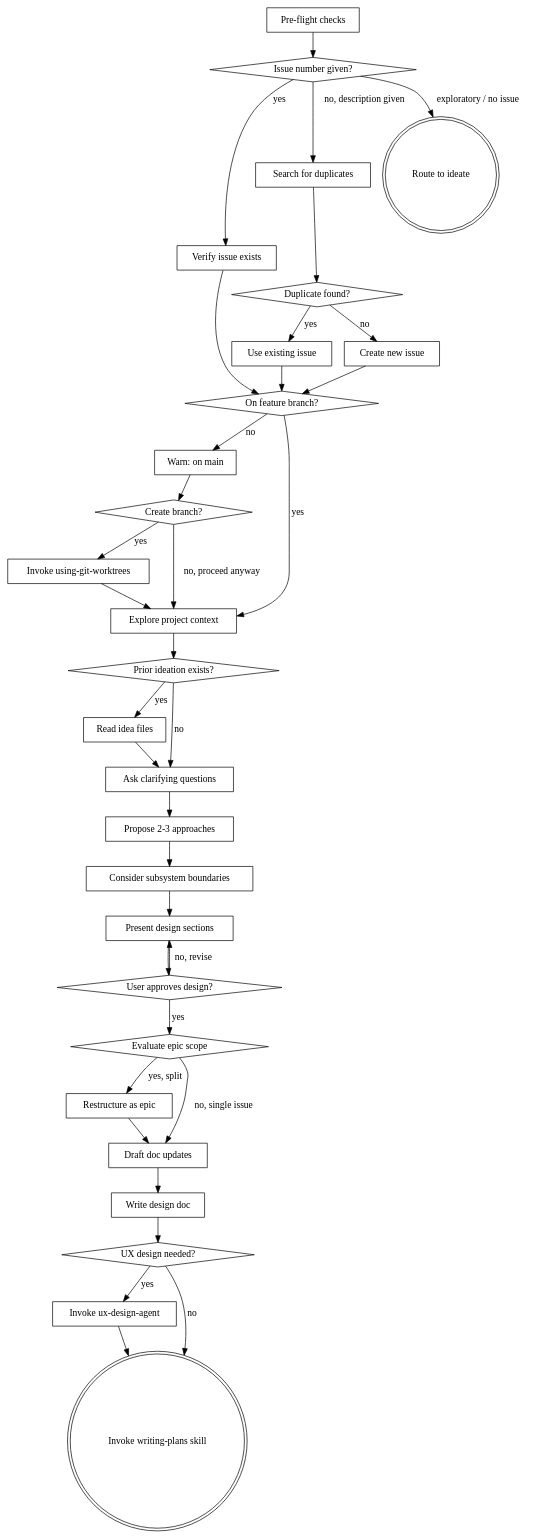
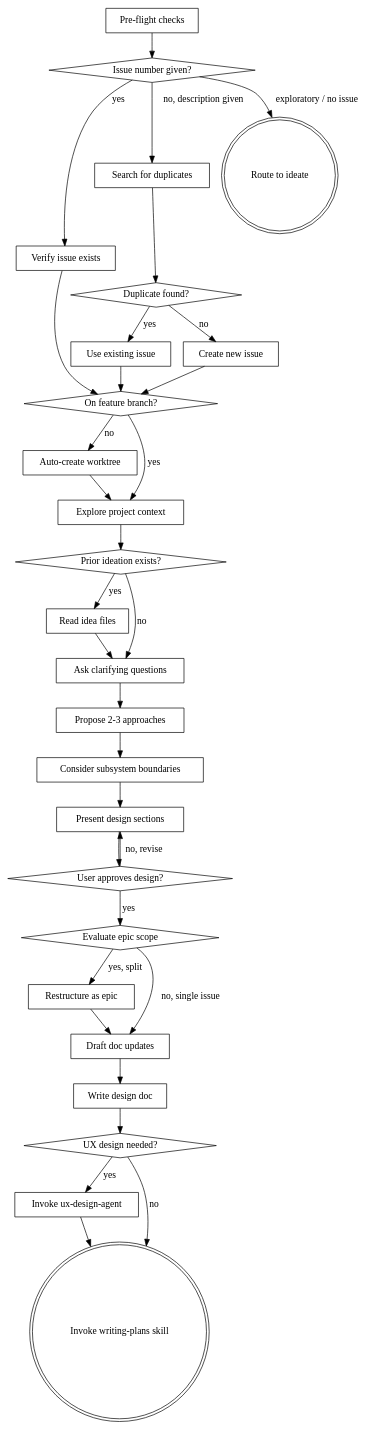
Before and after one commit to stvhay/my-claude-plugins: the diagram in plugins/dev-workflow-toolkit/skills/brainstorming/SKILL.md, drawn with Graphviz. The commit also changed other lines of this file and 3 other files, not shown here.

First line of the commit message:
fix: auto-create worktree in brainstorming instead of asking (#103)

````diff
--- a/plugins/dev-workflow-toolkit/skills/brainstorming/SKILL.md
+++ b/plugins/dev-workflow-toolkit/skills/brainstorming/SKILL.md
@@ -87,72 +85,67 @@
 ```dot
 digraph brainstorming {
     // Pre-flight: issue check (auto-create)
     "Pre-flight checks" [shape=box];
     "Issue number given?" [shape=diamond];
     "Verify issue exists" [shape=box];
     "Search for duplicates" [shape=box];
     "Duplicate found?" [shape=diamond];
     "Use existing issue" [shape=box];
     "Create new issue" [shape=box];
     "Pre-flight checks" -> "Issue number given?";
     "Issue number given?" -> "Verify issue exists" [label="yes"];
     "Issue number given?" -> "Search for duplicates" [label="no, description given"];
     "Issue number given?" -> "Route to ideate" [label="exploratory / no issue"];
     "Route to ideate" [shape=doublecircle];
     "Verify issue exists" -> "On feature branch?";
     "Search for duplicates" -> "Duplicate found?";
     "Duplicate found?" -> "Use existing issue" [label="yes"];
     "Duplicate found?" -> "Create new issue" [label="no"];
     "Use existing issue" -> "On feature branch?";
     "Create new issue" -> "On feature branch?";
 
     // Pre-flight: branch check
     "On feature branch?" [shape=diamond];
-    "Warn: on main" [shape=box];
-    "Create branch?" [shape=diamond];
-    "Invoke using-git-worktrees" [shape=box];
+    "Auto-create worktree" [shape=box];
     "On feature branch?" -> "Explore project context" [label="yes"];
-    "On feature branch?" -> "Warn: on main" [label="no"];
-    "Warn: on main" -> "Create branch?";
-    "Create branch?" -> "Invoke using-git-worktrees" [label="yes"];
-    "Create branch?" -> "Explore project context" [label="no, proceed anyway"];
-    "Invoke using-git-worktrees" -> "Explore project context";
+    "On feature branch?" -> "Auto-create worktree" [label="no"];
+    "Auto-create worktree" -> "Explore project context";
 
     // Discovery and design
     "Explore project context" [shape=box];
     "Prior ideation exists?" [shape=diamond];
     "Read idea files" [shape=box];
     "Ask clarifying questions" [shape=box];
     "Propose 2-3 approaches" [shape=box];
     "Consider subsystem boundaries" [shape=box];
     "Present design sections" [shape=box];
     "User approves design?" [shape=diamond];
     "Explore project context" -> "Prior ideation exists?";
     "Prior ideation exists?" -> "Read idea files" [label="yes"];
     "Prior ideation exists?" -> "Ask clarifying questions" [label="no"];
     "Read idea files" -> "Ask clarifying questions";
     "Ask clarifying questions" -> "Propose 2-3 approaches";
     "Propose 2-3 approaches" -> "Consider subsystem boundaries";
     "Consider subsystem boundaries" -> "Present design sections";
     "Present design sections" -> "User approves design?";
     "User approves design?" -> "Present design sections" [label="no, revise"];
 
     // Finalization
     "Evaluate epic scope" [shape=diamond];
     "Restructure as epic" [shape=box];
     "Draft doc updates" [shape=box];
     "Write design doc" [shape=box];
     "UX design needed?" [shape=diamond];
     "Invoke ux-design-agent" [shape=box];
     "Invoke writing-plans skill" [shape=doublecircle];
     "User approves design?" -> "Evaluate epic scope" [label="yes"];
     "Evaluate epic scope" -> "Restructure as epic" [label="yes, split"];
     "Evaluate epic scope" -> "Draft doc updates" [label="no, single issue"];
     "Restructure as epic" -> "Draft doc updates";
     "Draft doc updates" -> "Write design doc";
     "Write design doc" -> "UX design needed?";
     "UX design needed?" -> "Invoke ux-design-agent" [label="yes"];
     "UX design needed?" -> "Invoke writing-plans skill" [label="no"];
     "Invoke ux-design-agent" -> "Invoke writing-plans skill";
 }
 ```
````
